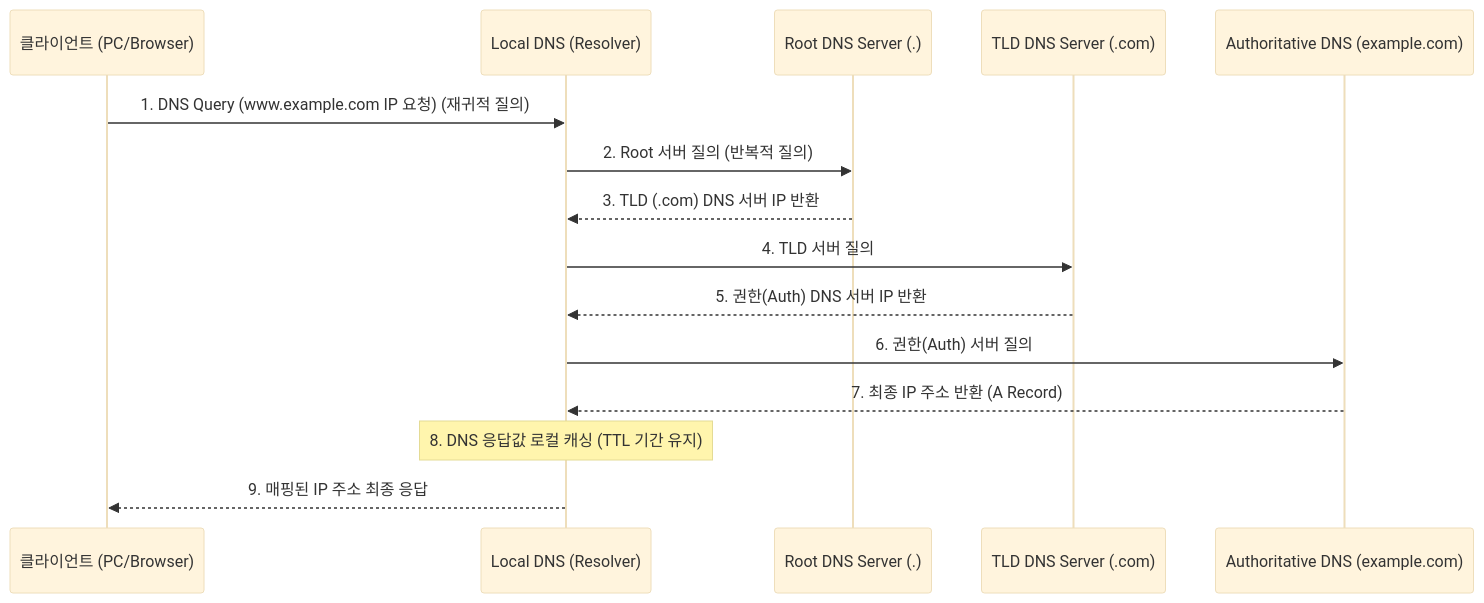
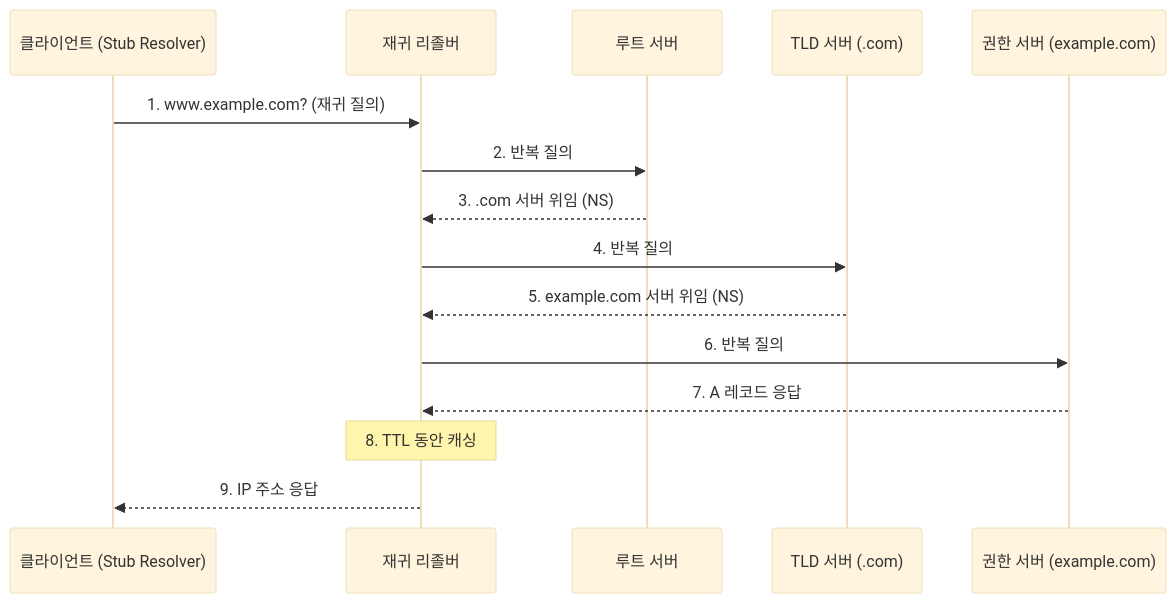
Before and after one commit to supremethumb/supremethumb.github.io: the diagram in content/01_IT Tech/DNS(Domain Name System).md, drawn with Mermaid (base theme). The commit also changed other lines of this file and 1087 other files, not shown here.

````diff
--- a/content/01_IT Tech/DNS(Domain Name System).md
+++ b/content/01_IT Tech/DNS(Domain Name System).md
@@ -27,23 +36,17 @@
 ```mermaid
 sequenceDiagram
-    participant Client as 클라이언트 (PC/Browser)
-    participant Local as Local DNS (Resolver)
-    participant Root as Root DNS Server (.)
-    participant TLD as TLD DNS Server (.com)
-    participant Auth as Authoritative DNS (example.com)
-
-    Client->>Local: 1. DNS Query (www.example.com IP 요청) (재귀적 질의)
-    
-    Local->>Root: 2. Root 서버 질의 (반복적 질의)
-    Root-->>Local: 3. TLD (.com) DNS 서버 IP 반환
-    
-    Local->>TLD: 4. TLD 서버 질의
-    TLD-->>Local: 5. 권한(Auth) DNS 서버 IP 반환
-    
-    Local->>Auth: 6. 권한(Auth) 서버 질의
-    Auth-->>Local: 7. 최종 IP 주소 반환 (A Record)
-    
-    Note over Local: 8. DNS 응답값 로컬 캐싱 (TTL 기간 유지)
-    Local-->>Client: 9. 매핑된 IP 주소 최종 응답
-
+    participant C as 클라이언트 (Stub Resolver)
+    participant L as 재귀 리졸버
+    participant R as 루트 서버
+    participant T as TLD 서버 (.com)
+    participant A as 권한 서버 (example.com)
+    C->>L: 1. www.example.com? (재귀 질의)
+    L->>R: 2. 반복 질의
+    R-->>L: 3. .com 서버 위임 (NS)
+    L->>T: 4. 반복 질의
+    T-->>L: 5. example.com 서버 위임 (NS)
+    L->>A: 6. 반복 질의
+    A-->>L: 7. A 레코드 응답
+    Note over L: 8. TTL 동안 캐싱
+    L-->>C: 9. IP 주소 응답
 ```
````
